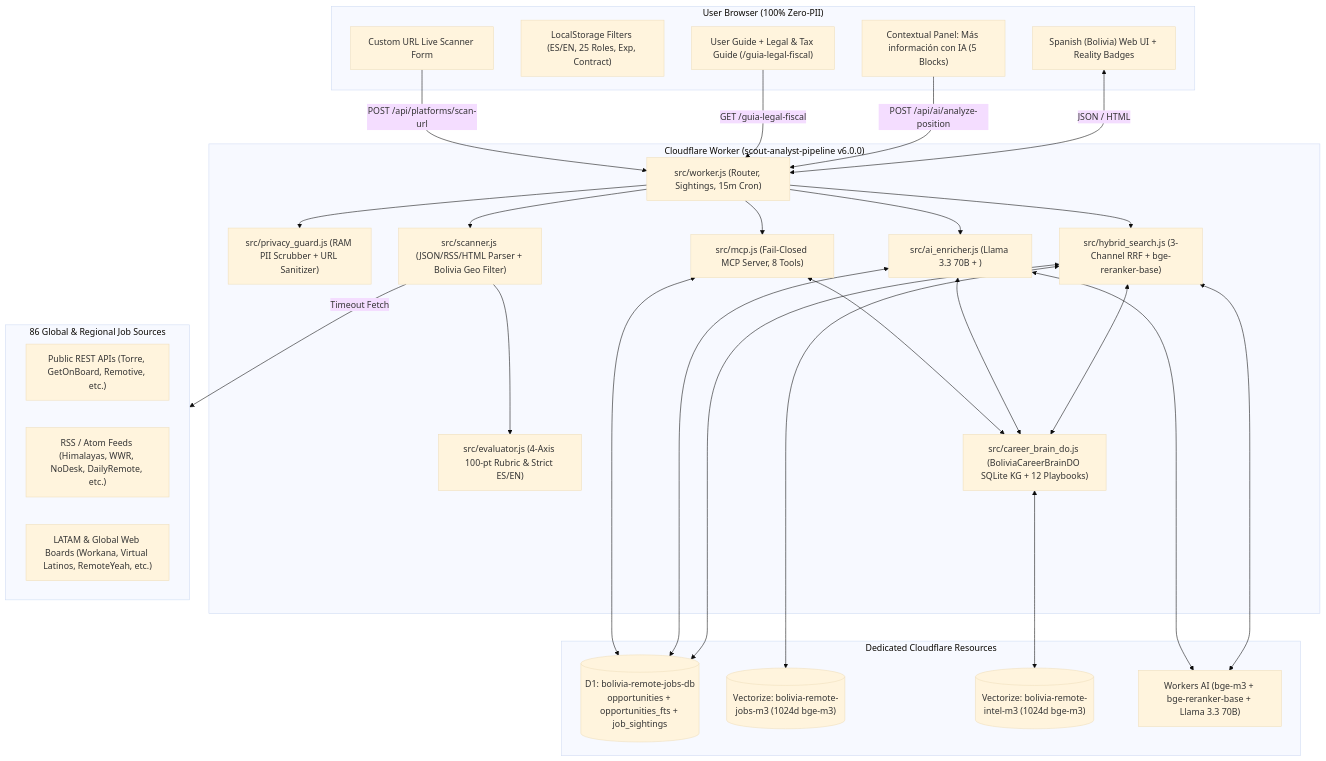
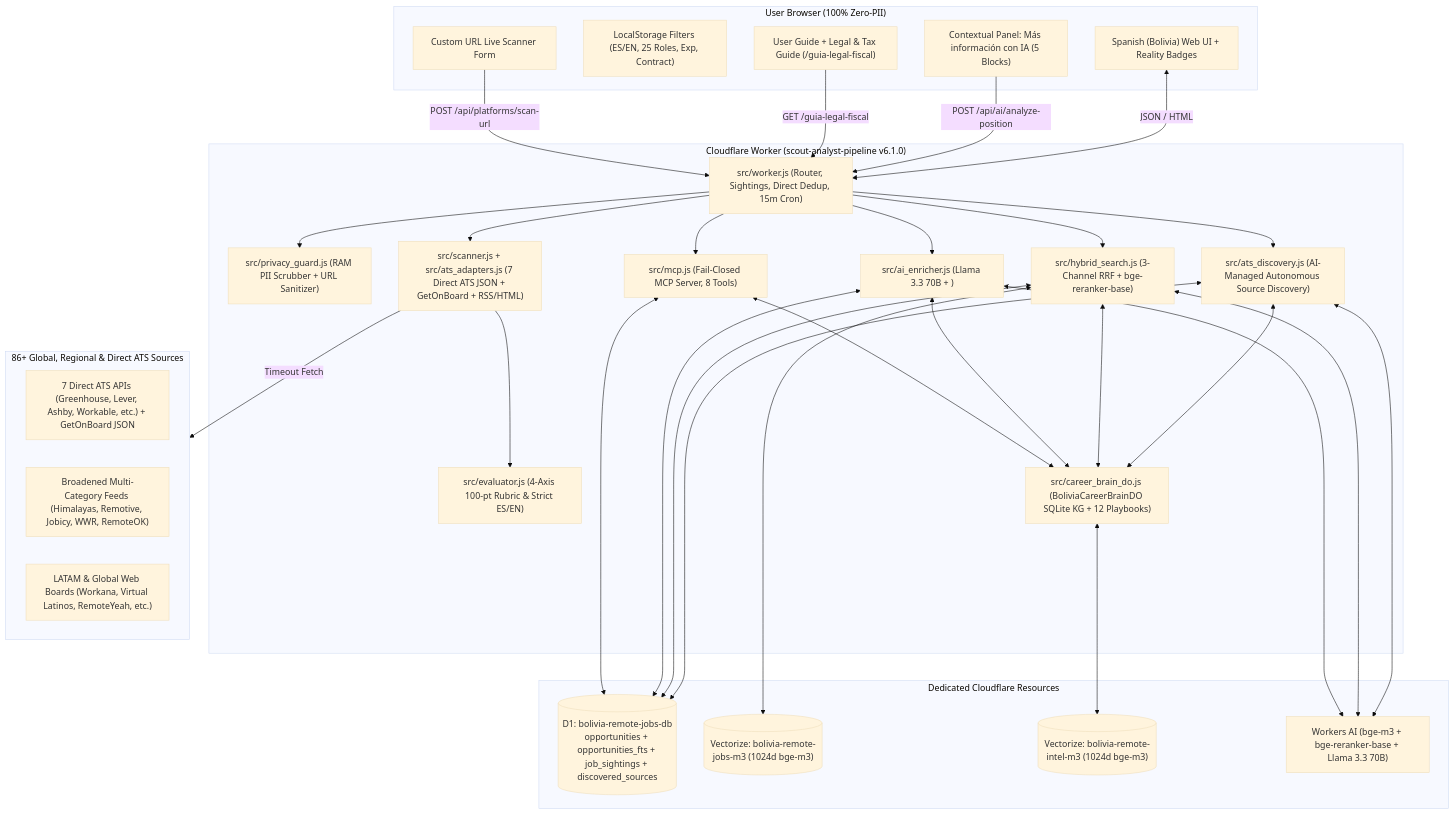
Before and after one commit to t0m-a/boliviaremote-work-website: the diagram in README.en.md, drawn with Mermaid (base theme). The commit also changed other lines of this file and 13 other files, not shown here.

Commit message:
feat(v6.1.0): autonomous direct ATS source discovery with AI-managed background promotion

````diff
--- a/README.en.md
+++ b/README.en.md
@@ -176,56 +177,61 @@
 ```mermaid
 flowchart TD
     subgraph Client ["User Browser (100% Zero-PII)"]
         UI["Spanish (Bolivia) Web UI + Reality Badges"]
         Filters["LocalStorage Filters (ES/EN, 25 Roles, Exp, Contract)"]
         AiPanel["Contextual Panel: Más información con IA (5 Blocks)"]
         LegalGuide["User Guide + Legal & Tax Guide (/guia-legal-fiscal)"]
         URLScan["Custom URL Live Scanner Form"]
     end
 
-    subgraph CFWorker ["Cloudflare Worker (scout-analyst-pipeline v6.0.0)"]
-        WorkerEntry["src/worker.js (Router, Sightings, 15m Cron)"]
+    subgraph CFWorker ["Cloudflare Worker (scout-analyst-pipeline v6.1.0)"]
+        WorkerEntry["src/worker.js (Router, Sightings, Direct Dedup, 15m Cron)"]
         PrivacyGuard["src/privacy_guard.js (RAM PII Scrubber + URL Sanitizer)"]
-        ScannerEng["src/scanner.js (JSON/RSS/HTML Parser + Bolivia Geo Filter)"]
+        ScannerEng["src/scanner.js + src/ats_adapters.js (7 Direct ATS JSON + GetOnBoard + RSS/HTML)"]
+        AtsDiscovery["src/ats_discovery.js (AI-Managed Autonomous Source Discovery)"]
         EvaluatorEng["src/evaluator.js (4-Axis 100-pt Rubric & Strict ES/EN)"]
         HybridSearch["src/hybrid_search.js (3-Channel RRF + bge-reranker-base)"]
         AiEnricher["src/ai_enricher.js (Llama 3.3 70B + <bolivia_context>)"]
         CareerBrain["src/career_brain_do.js (BoliviaCareerBrainDO SQLite KG + 12 Playbooks)"]
         McpServer["src/mcp.js (Fail-Closed MCP Server, 8 Tools)"]
     end
 
     subgraph StorageCF ["Dedicated Cloudflare Resources"]
-        D1DB[("D1: bolivia-remote-jobs-db<br/>opportunities + opportunities_fts + job_sightings")]
+        D1DB[("D1: bolivia-remote-jobs-db<br/>opportunities + opportunities_fts + job_sightings + discovered_sources")]
         VecJobs[("Vectorize: bolivia-remote-jobs-m3 (1024d bge-m3)")]
         VecIntel[("Vectorize: bolivia-remote-intel-m3 (1024d bge-m3)")]
         WorkersAI["Workers AI (bge-m3 + bge-reranker-base + Llama 3.3 70B)"]
     end
 
-    subgraph Sources ["86 Global & Regional Job Sources"]
-        APIs["Public REST APIs (Torre, GetOnBoard, Remotive, etc.)"]
-        RSS["RSS / Atom Feeds (Himalayas, WWR, NoDesk, DailyRemote, etc.)"]
+    subgraph Sources ["86+ Global, Regional & Direct ATS Sources"]
+        APIs["7 Direct ATS APIs (Greenhouse, Lever, Ashby, Workable, etc.) + GetOnBoard JSON"]
+        RSS["Broadened Multi-Category Feeds (Himalayas, Remotive, Jobicy, WWR, RemoteOK)"]
         HTMLPages["LATAM & Global Web Boards (Workana, Virtual Latinos, RemoteYeah, etc.)"]
     end
 
     UI <-->|JSON / HTML| WorkerEntry
     AiPanel -->|POST /api/ai/analyze-position| WorkerEntry
     LegalGuide -->|GET /guia-legal-fiscal| WorkerEntry
     URLScan -->|POST /api/platforms/scan-url| WorkerEntry
     WorkerEntry --> PrivacyGuard
     WorkerEntry --> ScannerEng
+    WorkerEntry --> AtsDiscovery
+    AtsDiscovery <--> CareerBrain
+    AtsDiscovery <--> D1DB
+    AtsDiscovery <--> WorkersAI
     ScannerEng -->|Timeout Fetch| Sources
     ScannerEng --> EvaluatorEng
     WorkerEntry --> HybridSearch
     WorkerEntry --> AiEnricher
     WorkerEntry --> McpServer
     HybridSearch <--> D1DB
     HybridSearch <--> VecJobs
     HybridSearch <--> WorkersAI
     HybridSearch <--> CareerBrain
     AiEnricher <--> CareerBrain
     AiEnricher <--> D1DB
     AiEnricher <--> WorkersAI
     CareerBrain <--> VecIntel
     McpServer <--> CareerBrain
     McpServer <--> D1DB
 ```
````
